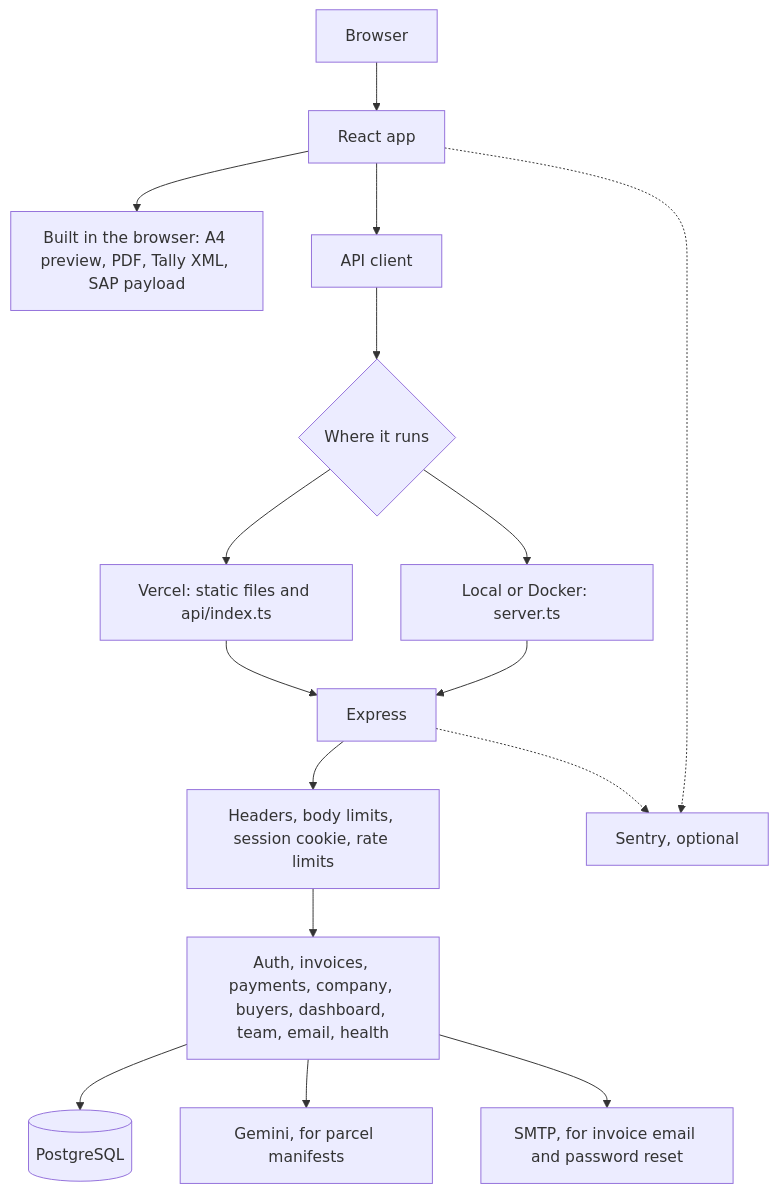
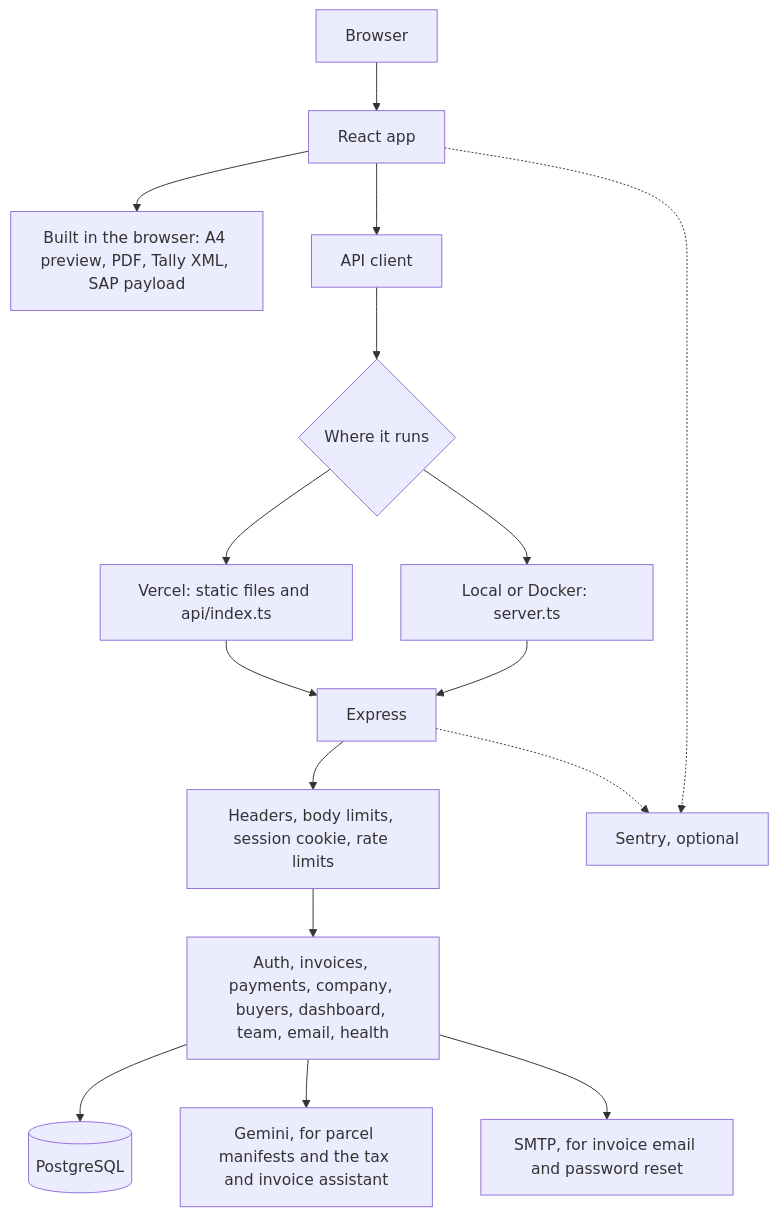
The first of 2 diagrams in README.md (ladkrutarth/diamledger), drawn with Mermaid before and after one commit. The commit also changed other lines of this file and 16 other files, not shown here.

Commit message:
Add a tax assistant that answers from the books and a month review that proposes changes only after confirmation.

````diff
--- a/README.md
+++ b/README.md
@@ -11,18 +11,18 @@
 ```mermaid
 flowchart TB
   browser["Browser"] --> spa["React app"]
   spa --> local["Built in the browser: A4 preview, PDF, Tally XML, SAP payload"]
   spa --> client["API client"]
   client --> host{"Where it runs"}
   host --> vercel["Vercel: static files and api/index.ts"]
   host --> node["Local or Docker: server.ts"]
   vercel --> express["Express"]
   node --> express
   express --> guard["Headers, body limits, session cookie, rate limits"]
   guard --> routes["Auth, invoices, payments, company, buyers, dashboard, team, email, health"]
   routes --> db[("PostgreSQL")]
-  routes --> gemini["Gemini, for parcel manifests"]
+  routes --> gemini["Gemini, for parcel manifests and the tax and invoice assistant"]
   routes --> smtp["SMTP, for invoice email and password reset"]
   express -.-> sentry["Sentry, optional"]
   spa -.-> sentry
 ```
````
